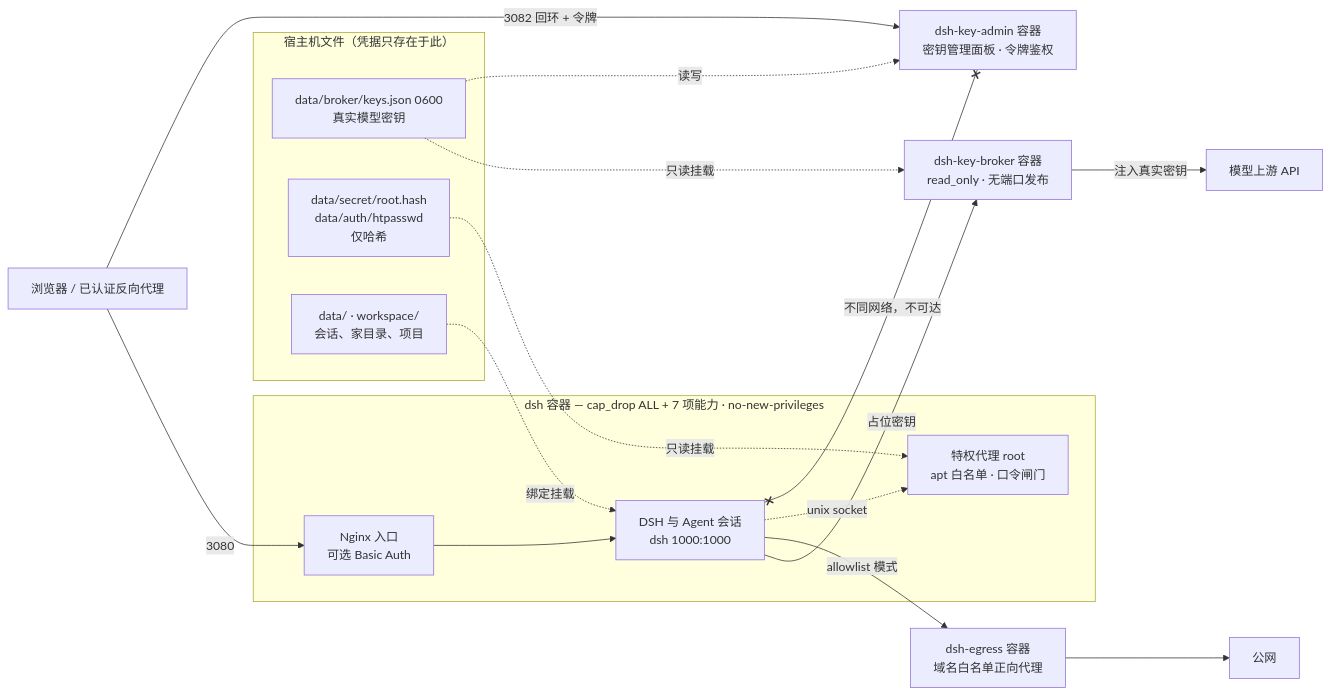
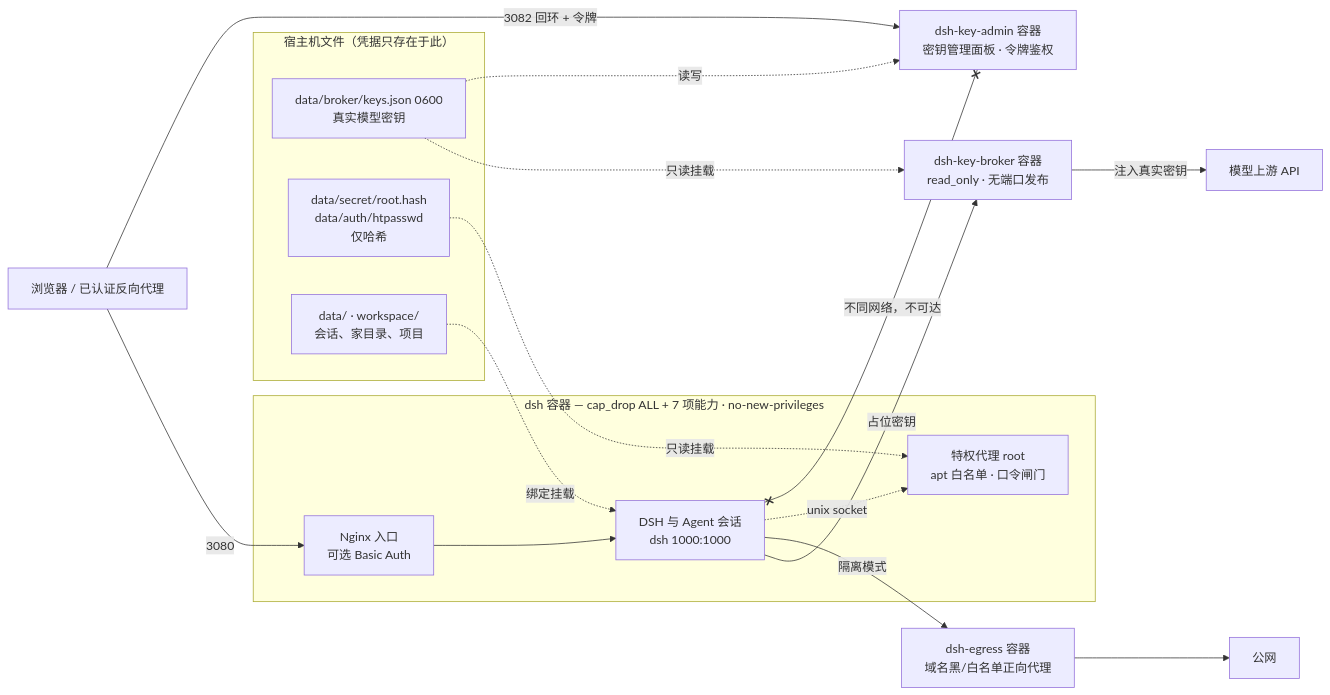
The diagram in README.md (univers629/dsh-docker), drawn with Mermaid before and after one commit. The commit also changed other lines of this file and 19 other files, not shown here.

````diff
--- a/README.md
+++ b/README.md
@@ -117,33 +117,33 @@
 ```mermaid
 flowchart LR
     client["浏览器 / 已认证反向代理"]
 
     subgraph hostfs["宿主机文件（凭据只存在于此）"]
         keys["data/broker/keys.json 0600<br/>真实模型密钥"]
         hashes["data/secret/root.hash<br/>data/auth/htpasswd<br/>仅哈希"]
         mounts["data/ · workspace/<br/>会话、家目录、项目"]
     end
 
     subgraph dsh["dsh 容器 — cap_drop ALL + 7 项能力 · no-new-privileges"]
         nginx["Nginx 入口<br/>可选 Basic Auth"]
         agent["DSH 与 Agent 会话<br/>dsh 1000:1000"]
         helper["特权代理 root<br/>apt 白名单 · 口令闸门"]
     end
 
     broker["dsh-key-broker 容器<br/>read_only · 无端口发布"]
     admin["dsh-key-admin 容器<br/>密钥管理面板 · 令牌鉴权"]
-    egress["dsh-egress 容器<br/>域名白名单正向代理"]
+    egress["dsh-egress 容器<br/>域名黑/白名单正向代理"]
     upstream["模型上游 API"]
     internet["公网"]
 
     client -->|3080| nginx --> agent
     client -->|3082 回环 + 令牌| admin
     agent -->|占位密钥| broker -->|注入真实密钥| upstream
-    agent -->|allowlist 模式| egress --> internet
+    agent -->|隔离模式| egress --> internet
     agent -.->|unix socket| helper
     keys -.->|只读挂载| broker
     keys -.->|读写| admin
     hashes -.->|只读挂载| helper
     mounts -.->|绑定挂载| agent
     agent x-- 不同网络，不可达 --x admin
 ```
````
